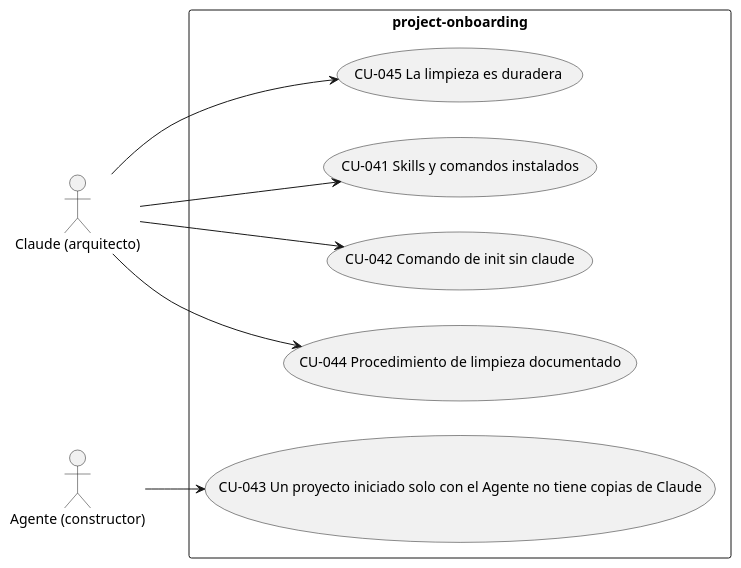
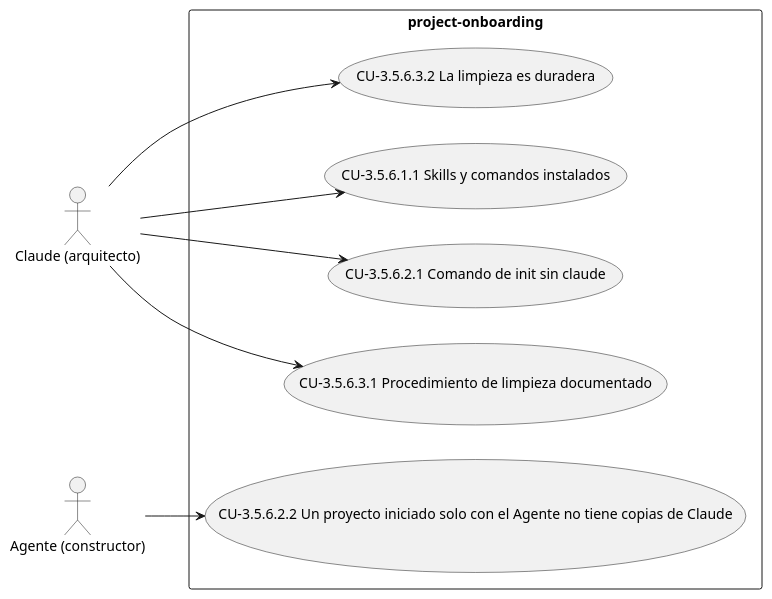
Before and after one commit to Lautaro-Montecchiani/sdd-global-config: the sixth of 10 diagrams in docs/srs.md, drawn with PlantUML. The commit also changed other lines of this file and 1 other file, not shown here.

First line of the commit message:
docs: regenerar SRS con spec-purpose

````diff
--- a/docs/srs.md
+++ b/docs/srs.md
@@ -568,19 +570,19 @@
 ```plantuml
 @startuml
 left to right direction
 actor "Claude (arquitecto)" as A1
 actor "Agente (constructor)" as A2
 rectangle "project-onboarding" {
-  usecase "CU-041 Skills y comandos instalados" as CU041
-  usecase "CU-042 Comando de init sin claude" as CU042
-  usecase "CU-043 Un proyecto iniciado solo con el Agente no tiene copias de Claude" as CU043
-  usecase "CU-044 Procedimiento de limpieza documentado" as CU044
-  usecase "CU-045 La limpieza es duradera" as CU045
+  usecase "CU-3.5.6.1.1 Skills y comandos instalados" as UC_3_5_6_1_1
+  usecase "CU-3.5.6.2.1 Comando de init sin claude" as UC_3_5_6_2_1
+  usecase "CU-3.5.6.2.2 Un proyecto iniciado solo con el Agente no tiene copias de Claude" as UC_3_5_6_2_2
+  usecase "CU-3.5.6.3.1 Procedimiento de limpieza documentado" as UC_3_5_6_3_1
+  usecase "CU-3.5.6.3.2 La limpieza es duradera" as UC_3_5_6_3_2
 }
-A1 --> CU041
-A1 --> CU042
-A2 --> CU043
-A1 --> CU044
-A1 --> CU045
+A1 --> UC_3_5_6_1_1
+A1 --> UC_3_5_6_2_1
+A2 --> UC_3_5_6_2_2
+A1 --> UC_3_5_6_3_1
+A1 --> UC_3_5_6_3_2
 @enduml
 ```
````
